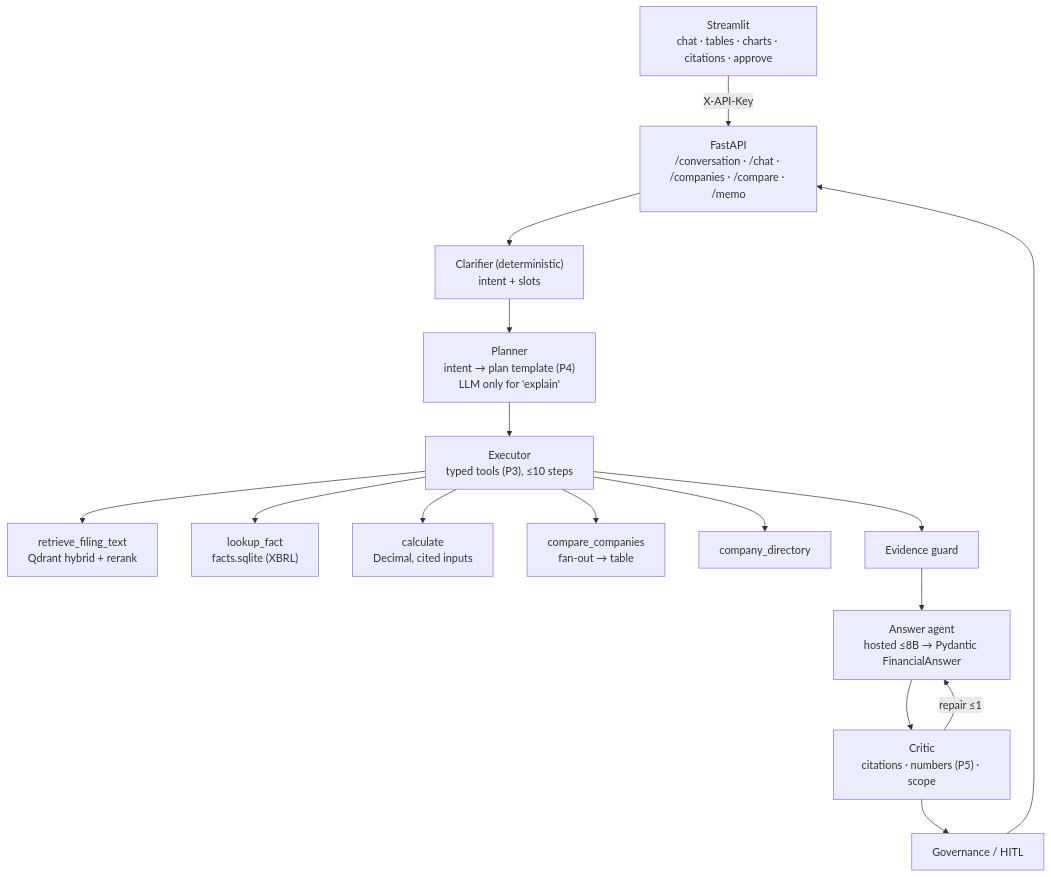
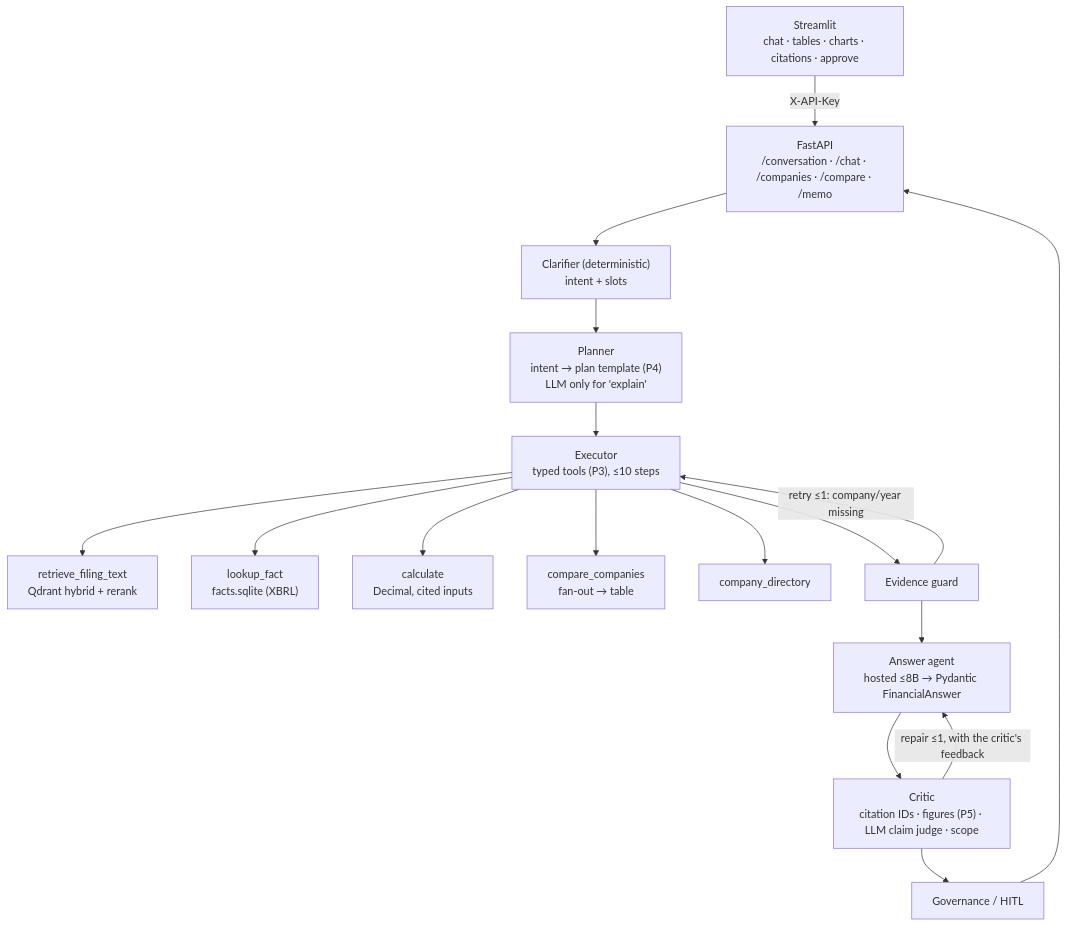
Before and after one commit to rama159065/Capstone: the diagram in docs/features_to_implement.md, drawn with Mermaid. The commit also changed other lines of this file and 16 other files, not shown here.

Commit message:
Agents code and llm as judge

````diff
--- a/docs/features_to_implement.md
+++ b/docs/features_to_implement.md
@@ -66,18 +66,19 @@
 ```mermaid
 flowchart TB
   UI["Streamlit<br>chat · tables · charts · citations · approve"] -->|X-API-Key| API["FastAPI<br>/conversation · /chat · /companies · /compare · /memo"]
   API --> CL["Clarifier (deterministic)<br>intent + slots"]
   CL --> PL["Planner<br>intent → plan template (P4)<br>LLM only for 'explain'"]
   PL --> EX["Executor<br>typed tools (P3), ≤10 steps"]
   EX --> T1["retrieve_filing_text<br>Qdrant hybrid + rerank"]
   EX --> T2["lookup_fact<br>facts.sqlite (XBRL)"]
   EX --> T3["calculate<br>Decimal, cited inputs"]
   EX --> T4["compare_companies<br>fan-out → table"]
   EX --> T5["company_directory"]
   EX --> EG["Evidence guard"]
+  EG -->|"retry ≤1: company/year missing"| EX
   EG --> AN["Answer agent<br>hosted ≤8B → Pydantic FinancialAnswer"]
-  AN --> CR["Critic<br>citations · numbers (P5) · scope"]
-  CR -->|"repair ≤1"| AN
+  AN --> CR["Critic<br>citation IDs · figures (P5) · LLM claim judge · scope"]
+  CR -->|"repair ≤1, with the critic's feedback"| AN
   CR --> GV["Governance / HITL"]
   GV --> API
 ```
````
